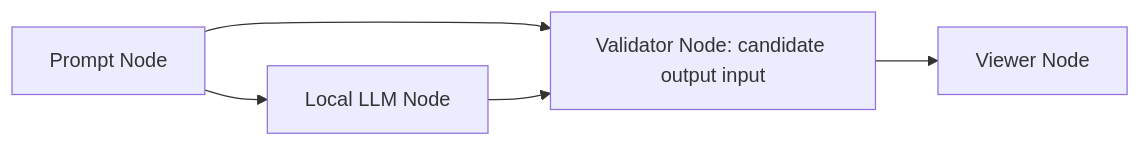
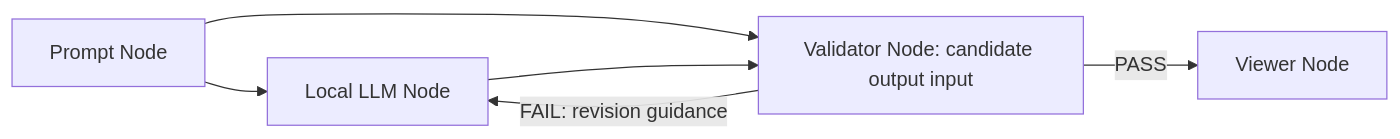
The diagram in README.md (devbin-lab/Local-LLM-Node-Lab), drawn with Mermaid before and after one commit. The commit also changed other lines of this file and 3 other files, not shown here.

````diff
--- a/README.md
+++ b/README.md
@@ -44,7 +45,8 @@
 ```mermaid
 flowchart LR
   A["Prompt Node"] --> B["Local LLM Node"]
   A --> C["Validator Node: original prompt input"]
   B --> C["Validator Node: candidate output input"]
-  C --> D["Viewer Node"]
+  C -- "PASS" --> D["Viewer Node"]
+  C -- "FAIL: revision guidance" --> B
 ```
````
